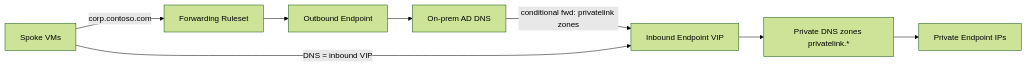
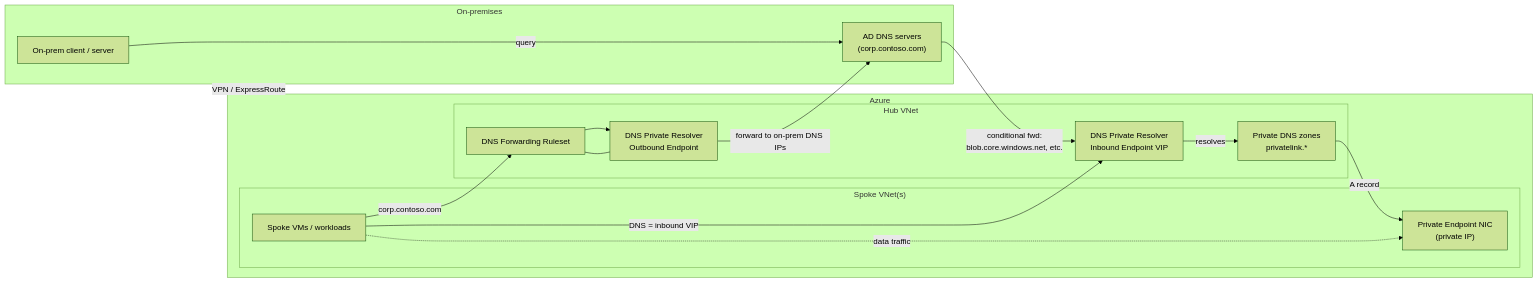
Before and after one commit to travishankins/azure-private-dns-resolver: the diagram in README.md, drawn with Mermaid (forest theme). The commit also changed other lines of this file, not shown here.

Commit message:
Expand architecture diagram to show full on-prem to Azure flow

````diff
--- a/README.md
+++ b/README.md
@@ -14,9 +14,39 @@
 ```mermaid
 flowchart LR
-    OnPrem[On-prem AD DNS] -- conditional fwd: privatelink zones --> IN[Inbound Endpoint VIP]
-    IN --> PDNS[Private DNS zones privatelink.*]
-    PDNS --> PE[Private Endpoint IPs]
-    Spoke[Spoke VMs] -- DNS = inbound VIP --> IN
-    Spoke -- corp.contoso.com --> RS[Forwarding Ruleset]
-    RS --> OUT[Outbound Endpoint] --> OnPrem
+    subgraph OnPremE["On-premises"]
+        Client[On-prem client / server]
+        ADDNS["AD DNS servers<br/>(corp.contoso.com)"]
+        Client -->|query| ADDNS
+    end
+
+    subgraph AzureE["Azure"]
+        subgraph Hub["Hub VNet"]
+            IN["DNS Private Resolver<br/>Inbound Endpoint VIP"]
+            OUT["DNS Private Resolver<br/>Outbound Endpoint"]
+            RS["DNS Forwarding Ruleset"]
+            PDNS["Private DNS zones<br/>privatelink.*"]
+            OUT --- RS
+        end
+        subgraph Spoke["Spoke VNet(s)"]
+            SpokeVM[Spoke VMs / workloads]
+            PE["Private Endpoint NIC<br/>(private IP)"]
+        end
+        PDNS -->|A record| PE
+    end
+
+    %% Connectivity
+    OnPremE <-->|VPN / ExpressRoute| AzureE
+
+    %% On-prem -> Azure private name resolution (inbound)
+    ADDNS -->|"conditional fwd:<br/>blob.core.windows.net, etc."| IN
+    IN -->|resolves| PDNS
+
+    %% Spoke -> Azure private name resolution
+    SpokeVM -->|"DNS = inbound VIP"| IN
+    SpokeVM -.->|data traffic| PE
+
+    %% Azure -> on-prem name resolution (outbound)
+    SpokeVM -->|"corp.contoso.com"| RS
+    RS --> OUT
+    OUT -->|"forward to on-prem DNS IPs"| ADDNS
 ```
````
